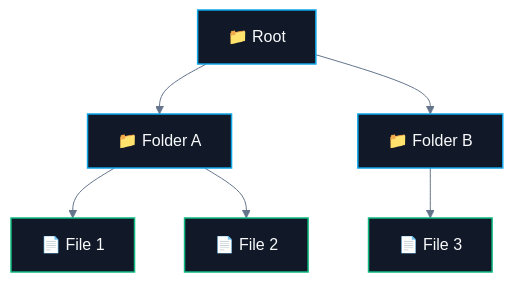
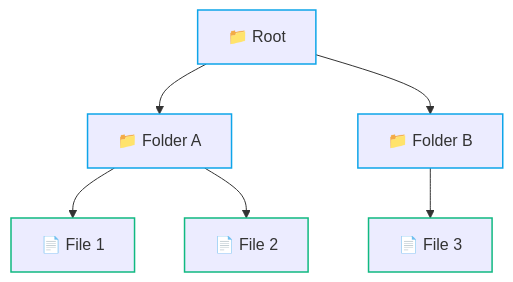
One commit to abhinavbharti2345/CS_Notes changed the first of 8 diagrams in CS/DSA/07. Trees & BSTs/01. Binary Tree Fundamentals.md. Above: the diagram before and after it, drawn with Mermaid. The commit also changed other lines of this file and 91 other files, not shown here.

````diff
--- a/CS/DSA/07. Trees & BSTs/01. Binary Tree Fundamentals.md
+++ b/CS/DSA/07. Trees & BSTs/01. Binary Tree Fundamentals.md
@@ -40,21 +40,20 @@
 ```mermaid
-%%{init: {'theme': 'base', 'themeVariables': { 'darkMode': true, 'background': '#0B0F14', 'mainBkg': '#111827', 'primaryColor': '#111827', 'primaryTextColor': '#F8FAFC', 'primaryBorderColor': '#38BDF8', 'lineColor': '#64748B', 'secondaryColor': '#0B0F14', 'tertiaryColor': '#0B0F14', 'clusterBkg': '#0B0F14', 'clusterBorder': '#38BDF8' }}}%%
 flowchart TD
     Root["📁 Root"]
     FA["📁 Folder A"]
     FB["📁 Folder B"]
     F1["📄 File 1"]
     F2["📄 File 2"]
     F3["📄 File 3"]
 
     Root --> FA
     Root --> FB
     FA --> F1
     FA --> F2
     FB --> F3
 
-    classDef folder fill:#111827,stroke:#0ea5e9,stroke-width:1.5px,color:#F8FAFC;
-    classDef file fill:#111827,stroke:#10b981,stroke-width:1.5px,color:#F8FAFC;
+    classDef folder stroke:#0ea5e9,stroke-width:1.5px;
+    classDef file stroke:#10b981,stroke-width:1.5px;
     class Root,FA,FB folder;
     class F1,F2,F3 file;
 ```
````
